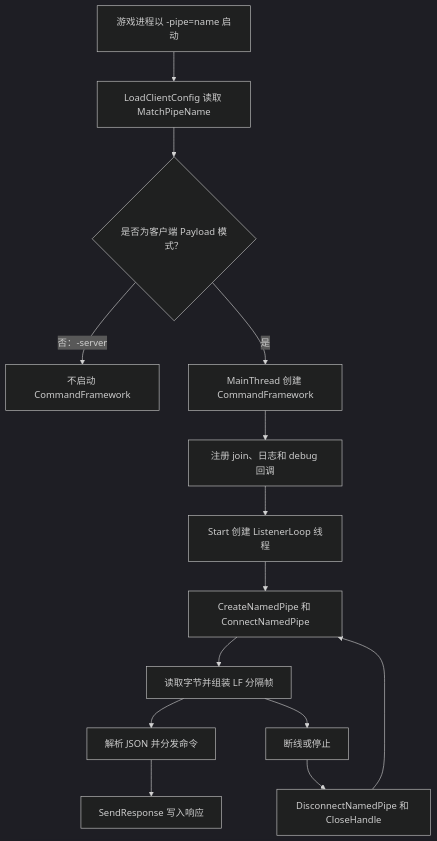
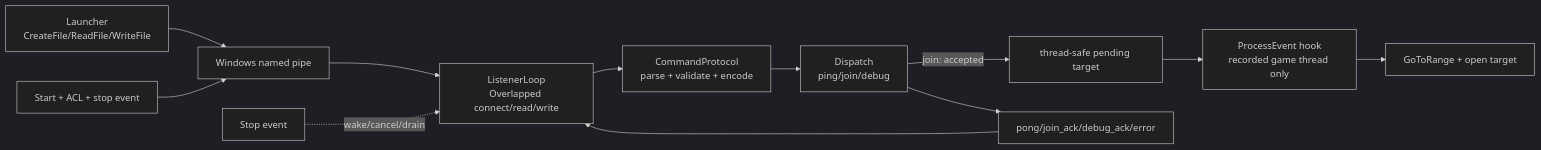
Before and after one commit to Dubnium-105/ProjectRebound: the diagram in docs/architecture/command-framework-code-analysis.zh-CN.md, drawn with Mermaid (dark theme). The commit also changed other lines of this file and 17 other files, not shown here.

````diff
--- a/docs/architecture/command-framework-code-analysis.zh-CN.md
+++ b/docs/architecture/command-framework-code-analysis.zh-CN.md
@@ -44,16 +28,14 @@
 ```mermaid
-flowchart TD
-    A["游戏进程以 -pipe=name 启动"] --> B["LoadClientConfig 读取 MatchPipeName"]
-    B --> C{"是否为客户端 Payload 模式？"}
-    C -- "否：-server" --> D["不启动 CommandFramework"]
-    C -- "是" --> E["MainThread 创建 CommandFramework"]
-    E --> F["注册 join、日志和 debug 回调"]
-    F --> G["Start 创建 ListenerLoop 线程"]
-    G --> H["CreateNamedPipe 和 ConnectNamedPipe"]
-    H --> I["读取字节并组装 LF 分隔帧"]
-    I --> J["解析 JSON 并分发命令"]
-    J --> K["SendResponse 写入响应"]
-    I --> L["断线或停止"]
-    L --> M["DisconnectNamedPipe 和 CloseHandle"]
-    M --> H
+flowchart LR
+    L["Launcher\nCreateFile/ReadFile/WriteFile"] --> K["Windows named pipe"]
+    S["Start + ACL + stop event"] --> K
+    K --> IO["ListenerLoop\nOverlapped connect/read/write"]
+    IO --> P["CommandProtocol\nparse + validate + encode"]
+    P --> D["Dispatch\nping/join/debug"]
+    D -->|"join: accepted"| Q["thread-safe pending target"]
+    Q --> H["ProcessEvent hook\nrecorded game thread only"]
+    H --> U["GoToRange + open target"]
+    D --> R["pong/join_ack/debug_ack/error"]
+    R --> IO
+    E["Stop event"] -. "wake/cancel/drain" .-> IO
 ```
````
